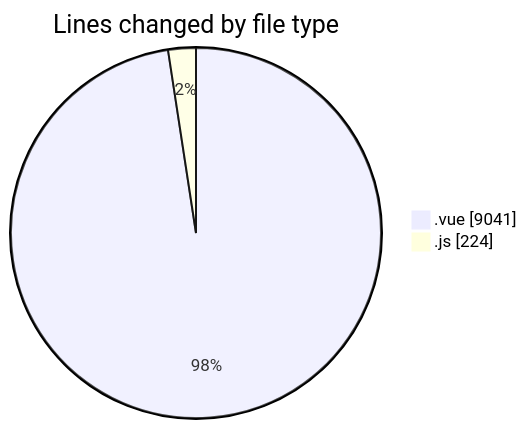
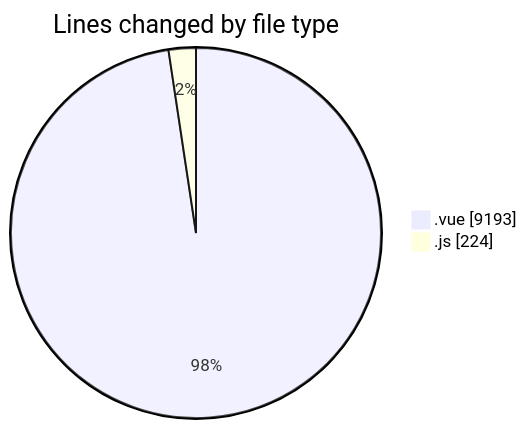
One commit to lephambinh05/code-tracking changed the first of 2 diagrams in 2025-08-14/rentotp/README.md. Above: the diagram before and after it, drawn with Mermaid. The commit also changed other lines of this file and 1 other file, not shown here.

````diff
--- a/2025-08-14/rentotp/README.md
+++ b/2025-08-14/rentotp/README.md
@@ -25,6 +25,6 @@
 ```mermaid
 pie showData
 title Lines changed by file type
-".vue" : 9041
+".vue" : 9193
 ".js" : 224
 ```
````
